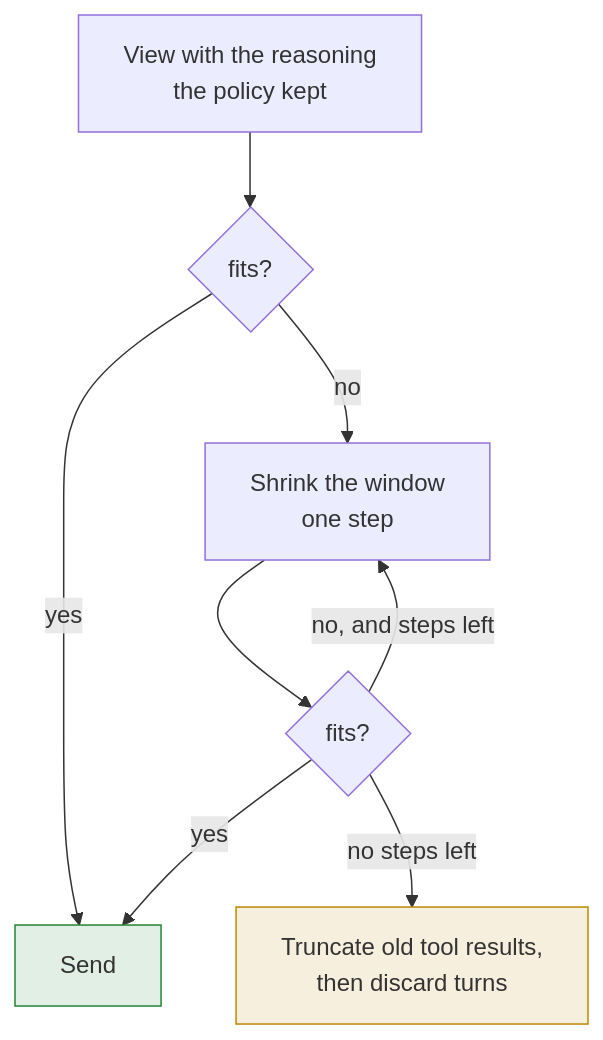
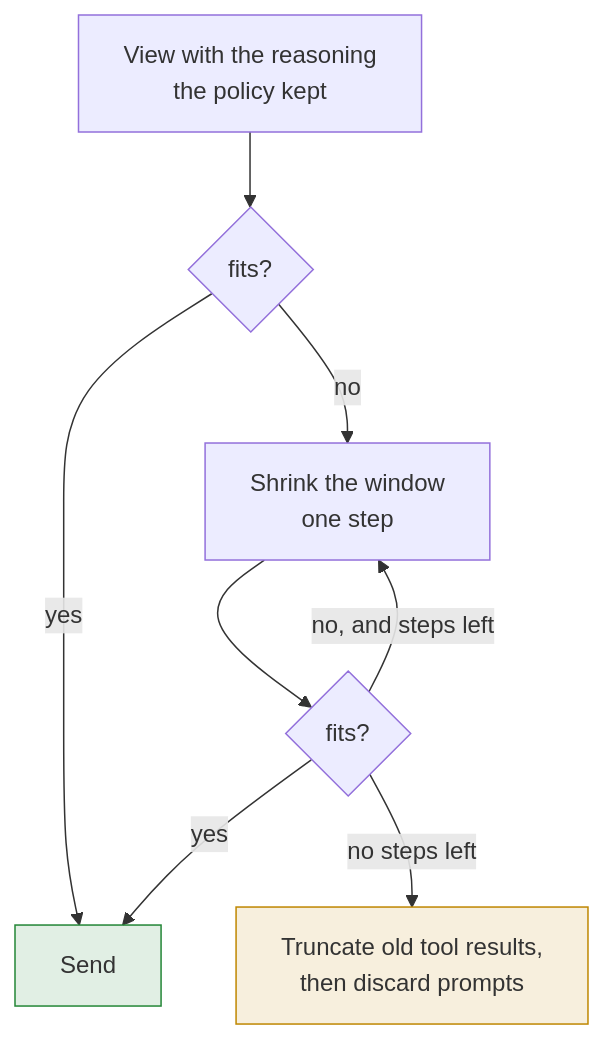
Diagram 11 of 16 in docs/context.md (GabrielMartinMoran/sigil), drawn with Mermaid before and after one commit. The commit also changed other lines of this file and 59 other files, not shown here.

````diff
--- a/docs/context.md
+++ b/docs/context.md
@@ -410,13 +416,13 @@
 ```mermaid
 flowchart TD
     A["View with the reasoning<br/>the policy kept"] --> B{"fits?"}
     B -->|yes| SEND["Send"]
     B -->|no| C["Shrink the window<br/>one step"]
     C --> D{"fits?"}
     D -->|no, and steps left| C
     D -->|yes| SEND
-    D -->|no steps left| E["Truncate old tool results,<br/>then discard turns"]
+    D -->|no steps left| E["Truncate old tool results,<br/>then discard prompts"]
 
     style SEND fill:#23863622,stroke:#238636
     style E fill:#bf870022,stroke:#bf8700
 ```
````
